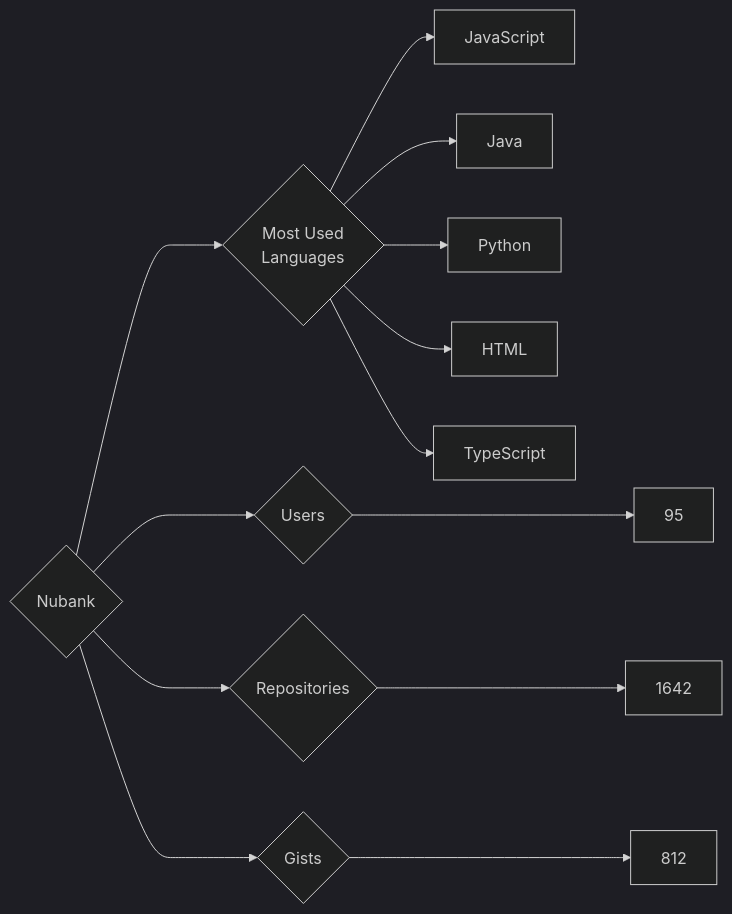
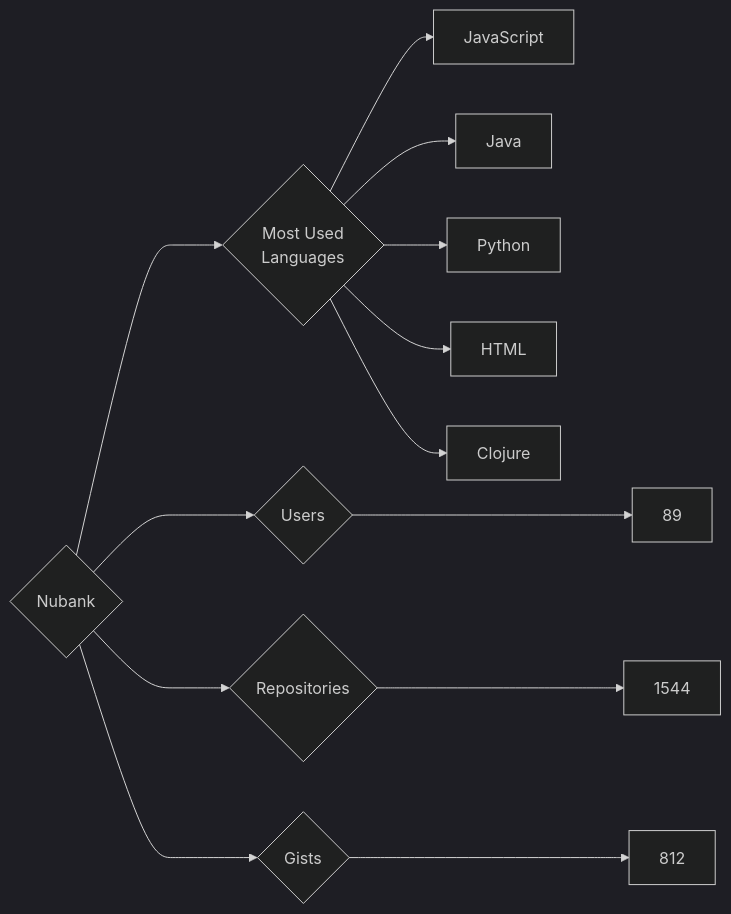
One commit to trickest/insiders changed the diagram in targets/Nubank/README.md. Above: the diagram before and after it, drawn with Mermaid (dark theme). The commit also changed 878 other files, not shown here.

````diff
--- a/targets/Nubank/README.md
+++ b/targets/Nubank/README.md
@@ -3,13 +3,13 @@
 ```mermaid
 graph LR
 COMPANY_NAME{Nubank}
-COMPANY_NAME ---> U{Users} ---> UN[95]
-COMPANY_NAME ---> R{Repositories} ---> RN[1642]
+COMPANY_NAME ---> U{Users} ---> UN[89]
+COMPANY_NAME ---> R{Repositories} ---> RN[1544]
 COMPANY_NAME ---> G{Gists} ---> GN[812]
 COMPANY_NAME ---> ML{Most Used<br>Languages}
 ML --> JavaScript[JavaScript]
 ML --> Java[Java]
 ML --> Python[Python]
 ML --> HTML[HTML]
-ML --> TypeScript[TypeScript]
+ML --> Clojure[Clojure]
 ```
````
